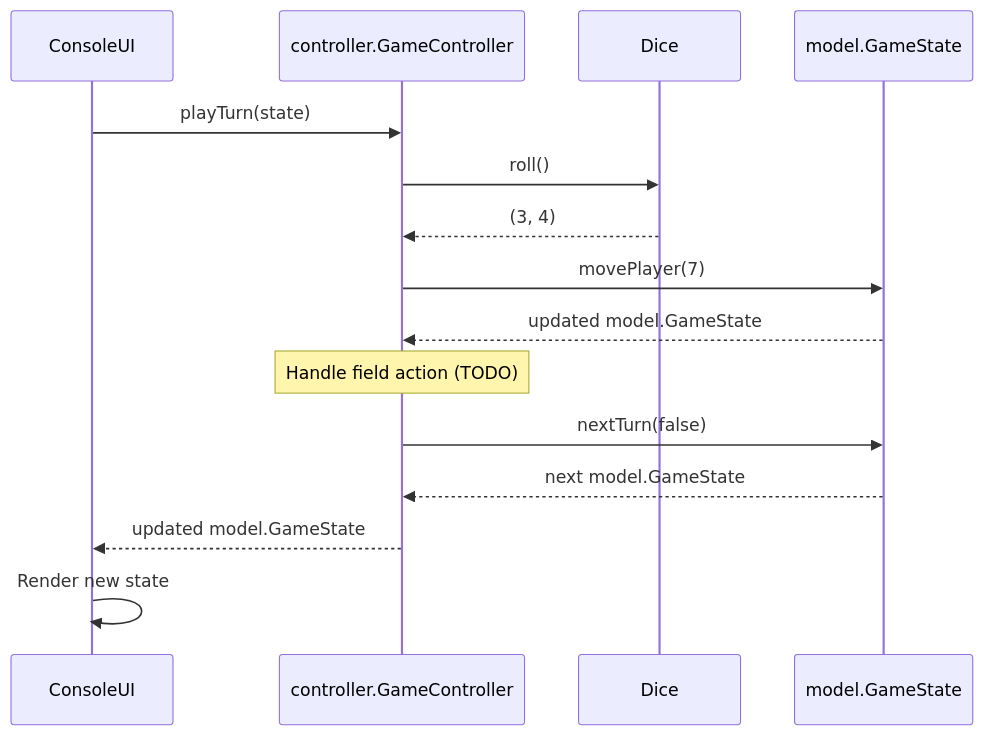
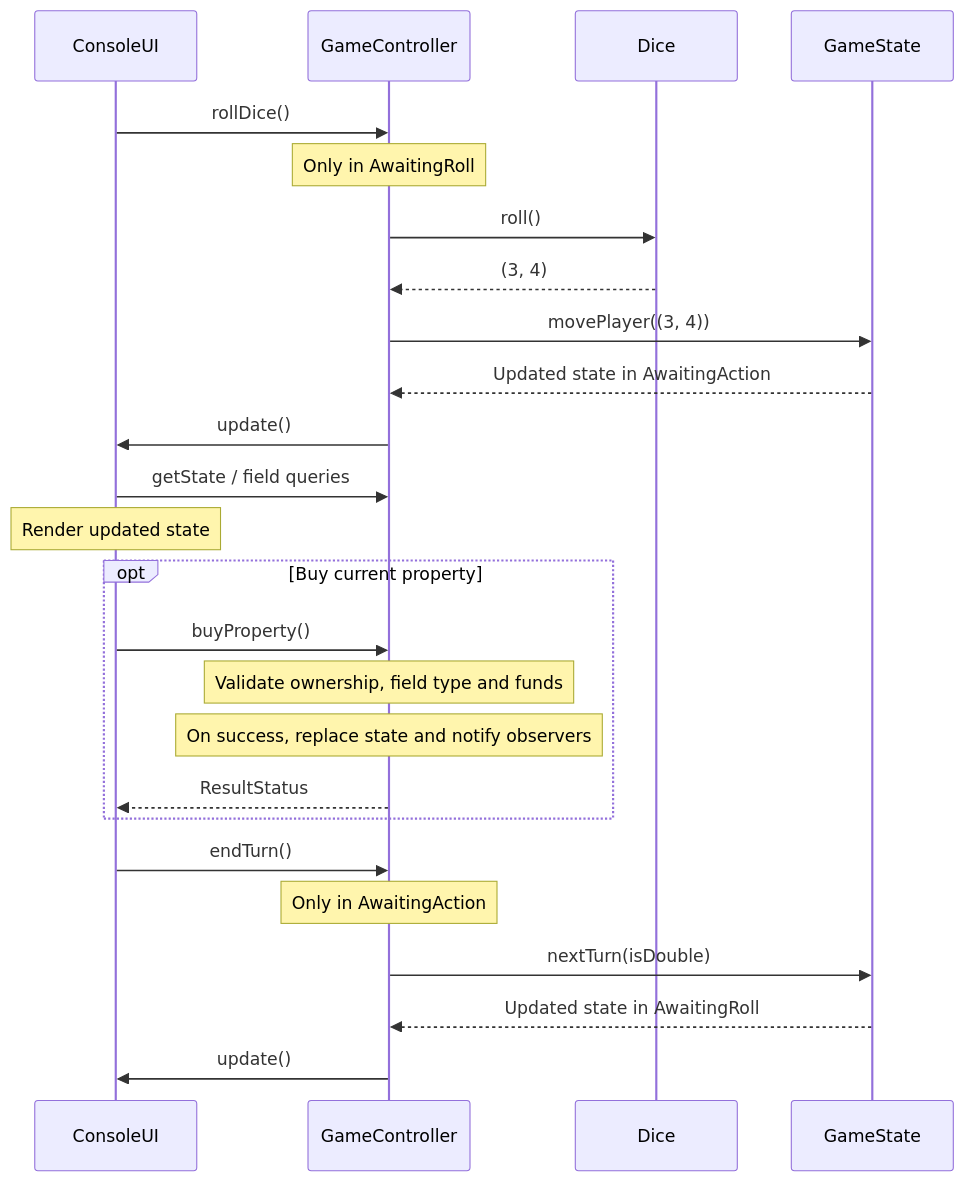
Before and after one commit to ve1lchen/project-monopoly: the second of 2 diagrams in ARCHITECTURE.md, drawn with Mermaid. The commit also changed other lines of this file and 1 other file, not shown here.

````diff
--- a/ARCHITECTURE.md
+++ b/ARCHITECTURE.md
@@ -56,18 +56,28 @@
 ```mermaid
 sequenceDiagram
     participant UI as ConsoleUI
-    participant C as controller.GameController
+    participant C as GameController
     participant D as Dice
-    participant S as model.GameState
+    participant S as GameState
 
-    UI->>C: playTurn(state)
+    UI->>C: rollDice()
+    Note over C: Only in AwaitingRoll
     C->>D: roll()
     D-->>C: (3, 4)
-    C->>S: movePlayer(7)
-    S-->>C: updated model.GameState
-    Note over C: Handle field action (TODO)
-    C->>S: nextTurn(false)
-    S-->>C: next model.GameState
-    C-->>UI: updated model.GameState
-    UI->>UI: Render new state
+    C->>S: movePlayer((3, 4))
+    S-->>C: Updated state in AwaitingAction
+    C->>UI: update()
+    UI->>C: getState / field queries
+    Note over UI: Render updated state
+    opt Buy current property
+        UI->>C: buyProperty()
+        Note over C: Validate ownership, field type and funds
+        Note over C: On success, replace state and notify observers
+        C-->>UI: ResultStatus
+    end
+    UI->>C: endTurn()
+    Note over C: Only in AwaitingAction
+    C->>S: nextTurn(isDouble)
+    S-->>C: Updated state in AwaitingRoll
+    C->>UI: update()
 ```
````
